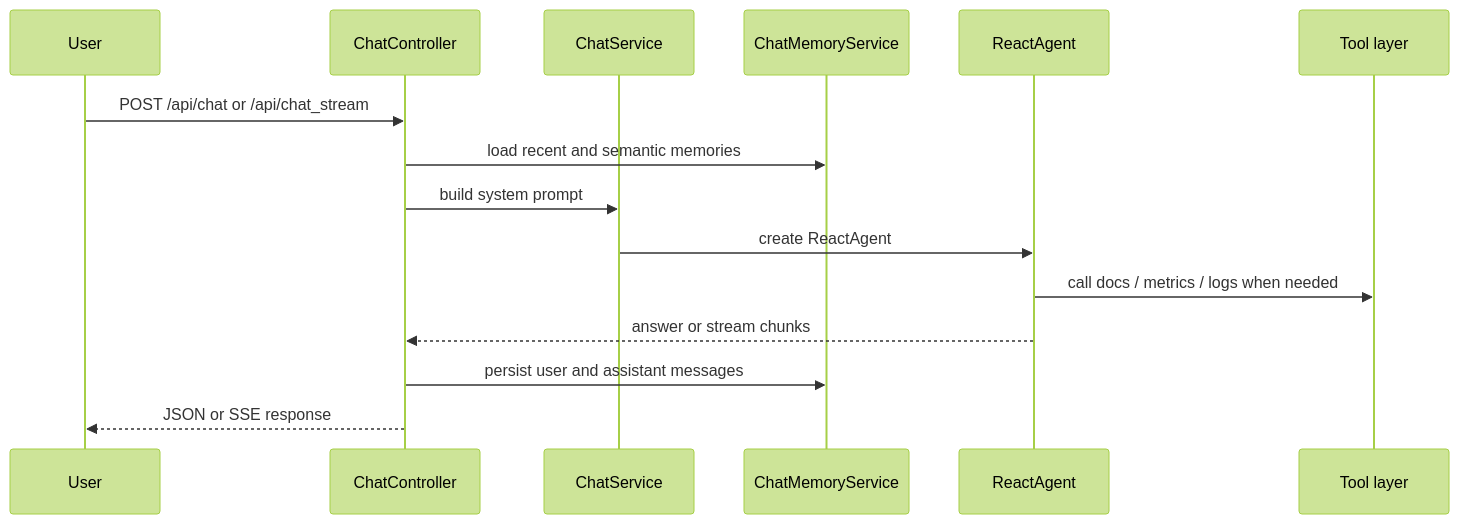
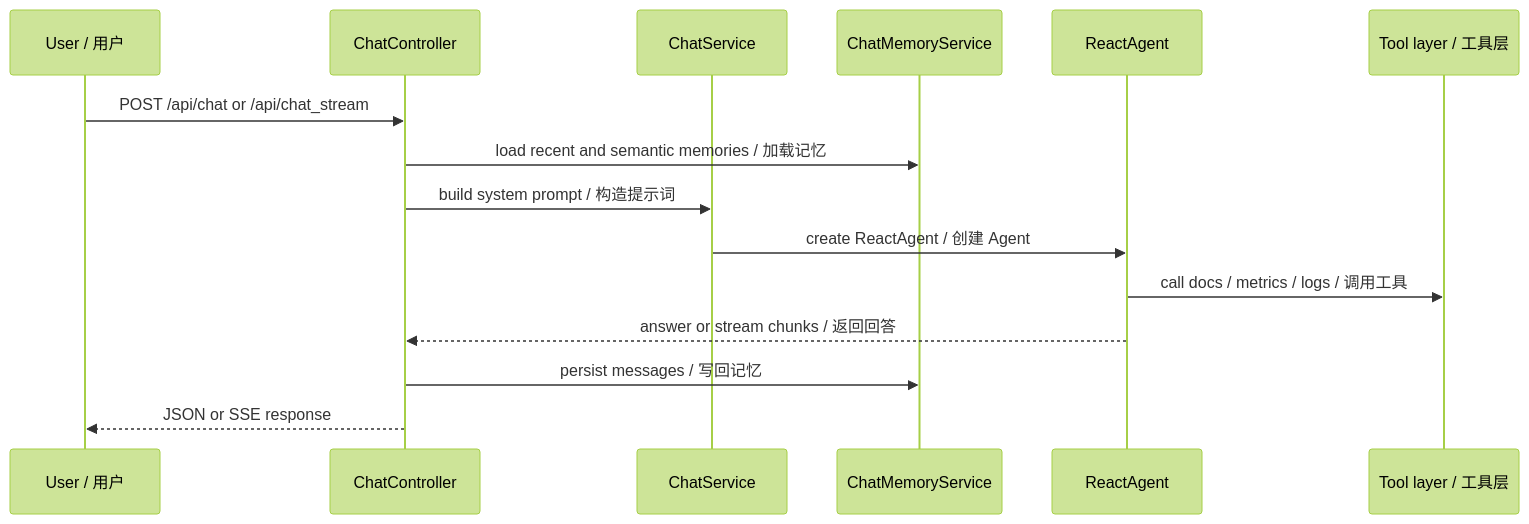
Before and after one commit to ember056/devassist-agent: the second of 4 diagrams in README.md, drawn with Mermaid (forest theme). The commit also changed other lines of this file, not shown here.

````diff
--- a/README.md
+++ b/README.md
@@ -63,18 +84,18 @@
 ```mermaid
 sequenceDiagram
-    participant User
+    participant User as User / 用户
     participant API as ChatController
     participant Chat as ChatService
     participant Memory as ChatMemoryService
     participant Agent as ReactAgent
-    participant Tools as Tool layer
+    participant Tools as Tool layer / 工具层
 
     User->>API: POST /api/chat or /api/chat_stream
-    API->>Memory: load recent and semantic memories
-    API->>Chat: build system prompt
-    Chat->>Agent: create ReactAgent
-    Agent->>Tools: call docs / metrics / logs when needed
-    Agent-->>API: answer or stream chunks
-    API->>Memory: persist user and assistant messages
+    API->>Memory: load recent and semantic memories / 加载记忆
+    API->>Chat: build system prompt / 构造提示词
+    Chat->>Agent: create ReactAgent / 创建 Agent
+    Agent->>Tools: call docs / metrics / logs / 调用工具
+    Agent-->>API: answer or stream chunks / 返回回答
+    API->>Memory: persist messages / 写回记忆
     API-->>User: JSON or SSE response
 ```
````
